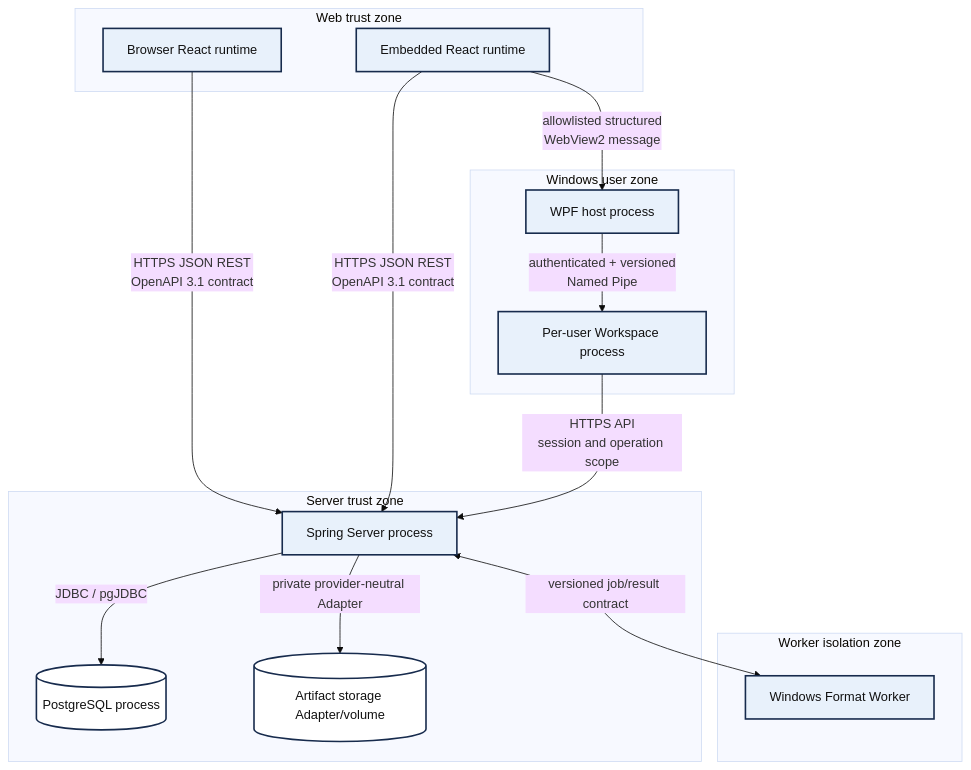
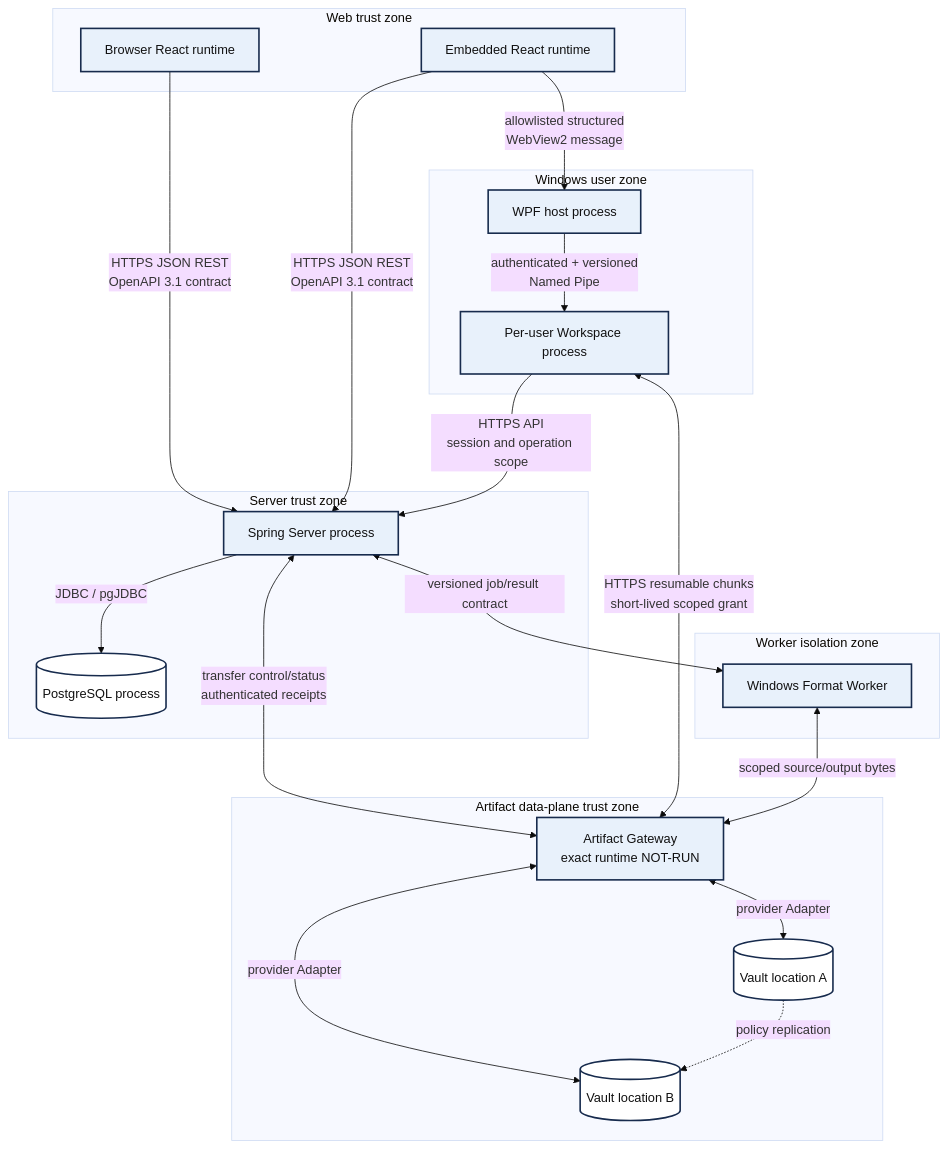
One commit to devphuclam/IDEAEngineering changed the fourth of 8 diagrams in docs/product/instances/idea-engineering/technology/IDEA-core-v0-technology-architecture-views.md. Above: the diagram before and after it, drawn with Mermaid (base theme). The commit also changed other lines of this file and 496 other files, not shown here.

Commit message:
docs: update vault architecture and clean repository evidence

````diff
--- a/docs/product/instances/idea-engineering/technology/IDEA-core-v0-technology-architecture-views.md
+++ b/docs/product/instances/idea-engineering/technology/IDEA-core-v0-technology-architecture-views.md
@@ -219,36 +249,46 @@
 ```mermaid
 flowchart TB
     accTitle: IDEA Core v0 runtimes protocols and trust boundaries
-    accDescr: Browser React and embedded React call the Spring Server with versioned HTTPS JSON REST. Embedded React sends allowlisted structured messages to WPF. WPF calls the per-user Workspace using an authenticated and versioned Named Pipe. Workspace calls the Server through HTTPS. Server uses JDBC to PostgreSQL, a private Adapter to the Artifact Store and a versioned integration contract to the Windows Format Worker.
+    accDescr: Browser React and embedded React call the Spring Server with versioned HTTPS JSON REST. Embedded React sends allowlisted structured messages to WPF. WPF calls the per-user Workspace using an authenticated and versioned Named Pipe. Workspace calls the Server for authorization, operation preparation and commit. A scoped Transfer Grant then permits direct resumable bytes between Workspace and the selected Artifact Gateway. The Gateway accesses a selected Vault and returns a signed or authenticated Transfer Receipt; it cannot publish a Generation.
 
     subgraph UntrustedUI[Web trust zone]
       BReact[Browser React runtime]
       EReact[Embedded React runtime]
     end
     subgraph NativeUser[Windows user zone]
       WPF[WPF host process]
       WS[Per-user Workspace process]
     end
     subgraph ServerZone[Server trust zone]
       Spring[Spring Server process]
       PG[(PostgreSQL process)]
-      FS[(Artifact storage Adapter/volume)]
+    end
+    subgraph ArtifactZone[Artifact data-plane trust zone]
+      AG[Artifact Gateway<br/>exact runtime NOT-RUN]
+      VA[(Vault location A)]
+      VB[(Vault location B)]
+      AG <--> |provider Adapter| VA
+      AG <--> |provider Adapter| VB
+      VA -. policy replication .-> VB
     end
     subgraph WorkerZone[Worker isolation zone]
       FW[Windows Format Worker]
     end
 
     BReact -->|HTTPS JSON REST<br/>OpenAPI 3.1 contract| Spring
     EReact -->|HTTPS JSON REST<br/>OpenAPI 3.1 contract| Spring
     EReact -->|allowlisted structured<br/>WebView2 message| WPF
     WPF -->|authenticated + versioned<br/>Named Pipe| WS
     WS -->|HTTPS API<br/>session and operation scope| Spring
     Spring -->|JDBC / pgJDBC| PG
-    Spring -->|private provider-neutral Adapter| FS
+    Spring <-->|transfer control/status<br/>authenticated receipts| AG
+    WS <--> |HTTPS resumable chunks<br/>short-lived scoped grant| AG
     Spring <--> |versioned job/result contract| FW
+    FW <-->|scoped source/output bytes| AG
 
     classDef selected fill:#e8f1fb,stroke:#172b4d,stroke-width:2px,color:#111;
     classDef data fill:#fff,stroke:#172b4d,stroke-width:2px,color:#111;
     class BReact,EReact,WPF,WS,Spring,FW selected;
-    class PG,FS data;
+    class PG,VA,VB data;
+    class AG selected;
 ```
````
